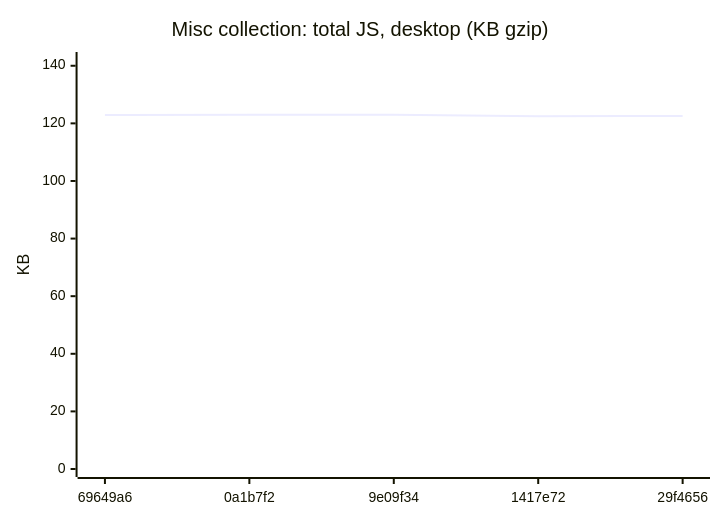
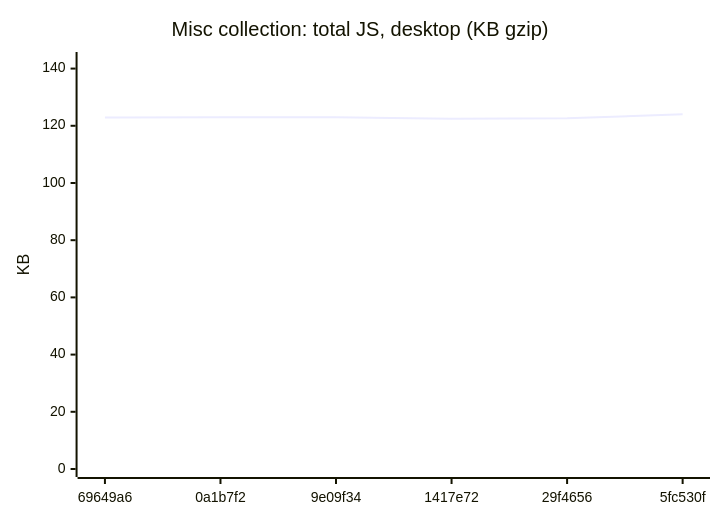
One commit to AxelUser/maltsev.space changed the ninth of 18 diagrams in README.md. Above: the diagram before and after it, drawn with Mermaid. The commit also changed other lines of this file and 1 other file, not shown here.

````diff
--- a/README.md
+++ b/README.md
@@ -107,7 +107,7 @@
 ```mermaid
 xychart-beta
   title "Misc collection: total JS, desktop (KB gzip)"
-  x-axis ["69649a6", "0a1b7f2", "9e09f34", "1417e72", "29f4656"]
-  y-axis "KB" 0 --> 142
-  line [122.9, 123, 123, 122.5, 122.6]
+  x-axis ["69649a6", "0a1b7f2", "9e09f34", "1417e72", "29f4656", "5fc530f"]
+  y-axis "KB" 0 --> 143
+  line [122.9, 123, 123, 122.5, 122.6, 124]
 ```
````
